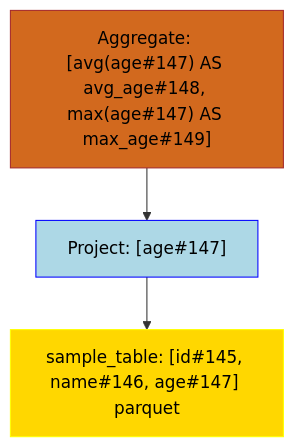
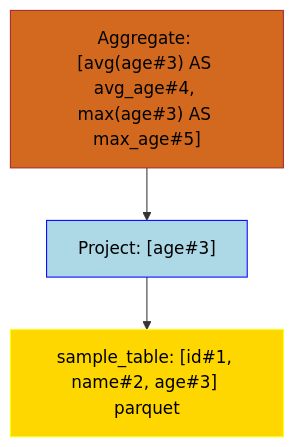
Before and after one commit to NielkNetraam/explainalyzed: the diagram in data/visualization/aggregation_1.mmd, drawn with Mermaid. The commit also changed 63 other files, not shown here.

```diff
--- a/data/visualization/aggregation_1.mmd
+++ b/data/visualization/aggregation_1.mmd
@@ -1,15 +1,15 @@
 flowchart TD
     classDef PROJECT stroke:Blue,fill:LightBlue,color:black
     classDef FILTER stroke:Green,fill:LightGreen,color:black
     classDef UNION stroke:Purple,fill:Violet,color:black
     classDef JOIN stroke:DarkOrange,fill:Orange,color:black
     classDef RELATION stroke:Yellow,fill:Gold,color:black
     classDef AGGREGATE stroke:Brown,fill:Chocolate,color:black
     classDef WINDOW stroke:Aqua,fill:Cyan,color:black
 
-    Aggregate#00001["Aggregate: [avg(age#147) AS avg_age#148, max(age#147) AS max_age#149]"]:::AGGREGATE
-    Project#00002["Project: [age#147]"]:::PROJECT
-    Relation#00003["sample_table: [id#145, name#146, age#147] parquet"]:::RELATION
+    Aggregate#00001["Aggregate: [avg(age#3) AS avg_age#4, max(age#3) AS max_age#5]"]:::AGGREGATE
+    Project#00002["Project: [age#3]"]:::PROJECT
+    Relation#00003["sample_table: [id#1, name#2, age#3] parquet"]:::RELATION
 
     Aggregate#00001 --> Project#00002
         Project#00002 --> Relation#00003
```
